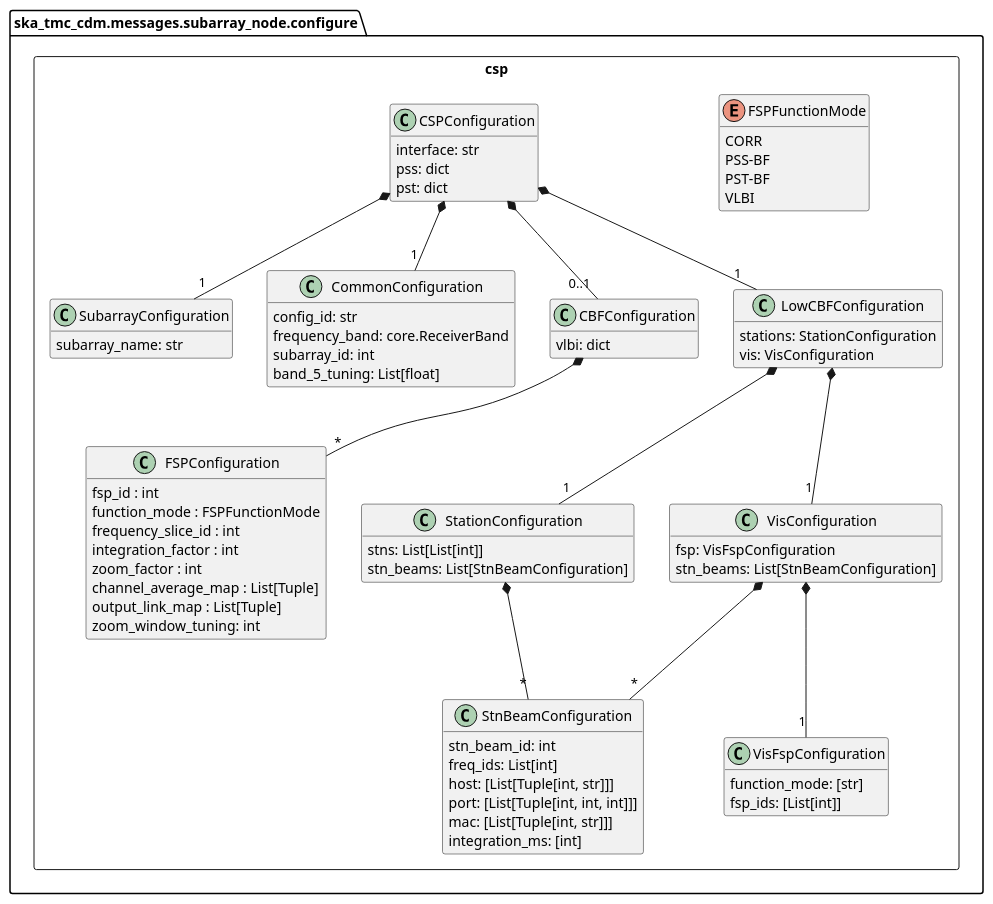
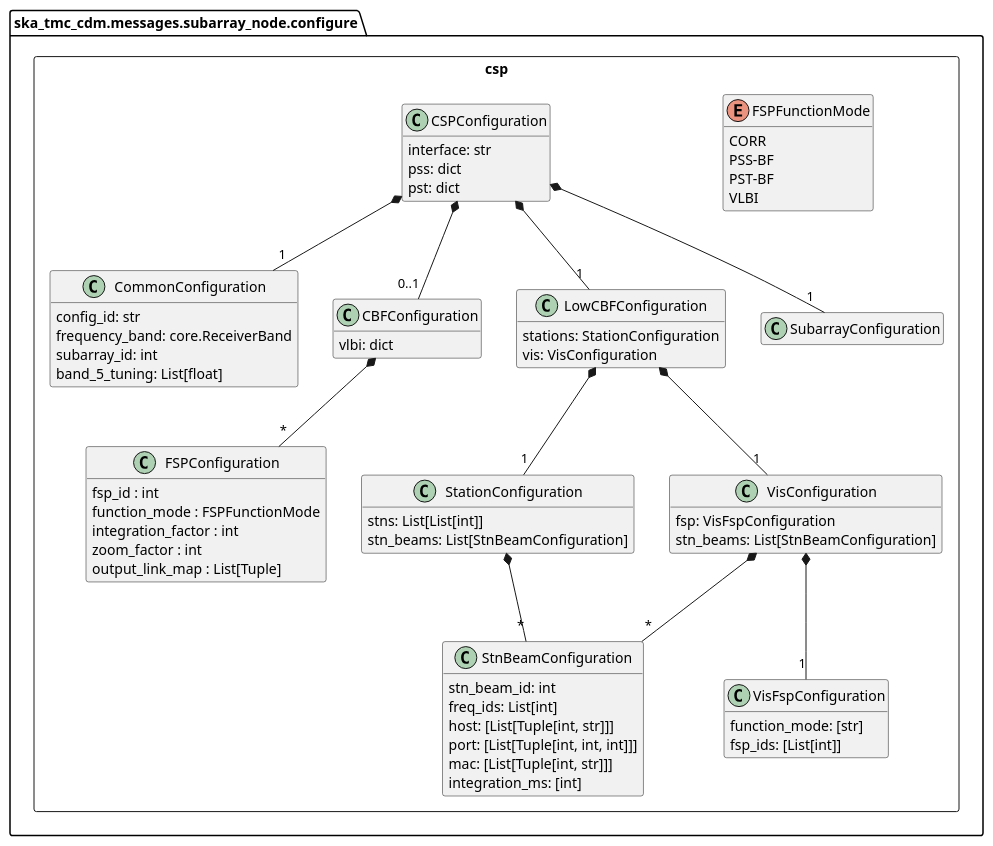
The diagram in docs/src/developer/subarraynode/csp.puml (ska-telescope/cdm-shared-library), drawn with PlantUML before and after one commit. The commit also changed 7 other files, not shown here.

```diff
--- a/docs/src/developer/subarraynode/csp.puml
+++ b/docs/src/developer/subarraynode/csp.puml
@@ -1,94 +1,88 @@
 @startuml
 hide empty members
 
 ' Remove the following lines when VLBI, PSS and PST
 ' are added to CDM
 remove VLBIConfiguration
 remove PSTConfiguration
 remove PSSConfiguration
 
 set separator none 
 package ska_tmc_cdm.messages.subarray_node.configure {
 	package csp <<Rectangle>> {
-	    class SubarrayConfiguration {
-	        subarray_name: str
-	    }
 
 	    class CommonConfiguration {
 	        config_id: str
             frequency_band: core.ReceiverBand
             subarray_id: int
             band_5_tuning: List[float]
 	    }
 
 	    class CBFConfiguration {
             vlbi: dict
 	    }
 
 		enum FSPFunctionMode {
 			CORR
 			PSS-BF
 			PST-BF
 			VLBI
 		}
 
 		class FSPConfiguration {
 			fsp_id : int
 			function_mode : FSPFunctionMode
-			frequency_slice_id : int
 			integration_factor : int
 			zoom_factor : int
-			channel_average_map : List[Tuple]
 			output_link_map : List[Tuple]
-			zoom_window_tuning: int
 		}
 
 		class CSPConfiguration {
 	        interface: str
 	        pss: dict
 	        pst: dict
 
 		}
 
 		class LowCBFConfiguration {
 			stations: StationConfiguration 
 			vis: VisConfiguration
 		}
 
 		class StationConfiguration {
 			stns: List[List[int]]
         	stn_beams: List[StnBeamConfiguration]
 		}
 		
 		class StnBeamConfiguration {
 			stn_beam_id: int
 			freq_ids: List[int]
 			host: [List[Tuple[int, str]]]
 			port: [List[Tuple[int, int, int]]]
 			mac: [List[Tuple[int, str]]]
 			integration_ms: [int]
 		}
 
 		class VisConfiguration {
 			fsp: VisFspConfiguration
 			stn_beams: List[StnBeamConfiguration]
 		}
 
 		class VisFspConfiguration {
 			function_mode: [str]
 			fsp_ids: [List[int]]
 		}
 
 		CBFConfiguration *-- "*" FSPConfiguration
 		CSPConfiguration *-- "1" CommonConfiguration
 		CSPConfiguration *-- "1" SubarrayConfiguration
 		CSPConfiguration *-- "0..1" CBFConfiguration
 		CSPConfiguration *-- "1" LowCBFConfiguration
 		LowCBFConfiguration *-- "1" StationConfiguration
 		LowCBFConfiguration *-- "1" VisConfiguration
 		VisConfiguration *-- "1" VisFspConfiguration
 		VisConfiguration *-- "*" StnBeamConfiguration
 		StationConfiguration *-- "*" StnBeamConfiguration
 	}	
 }
 @enduml
```
